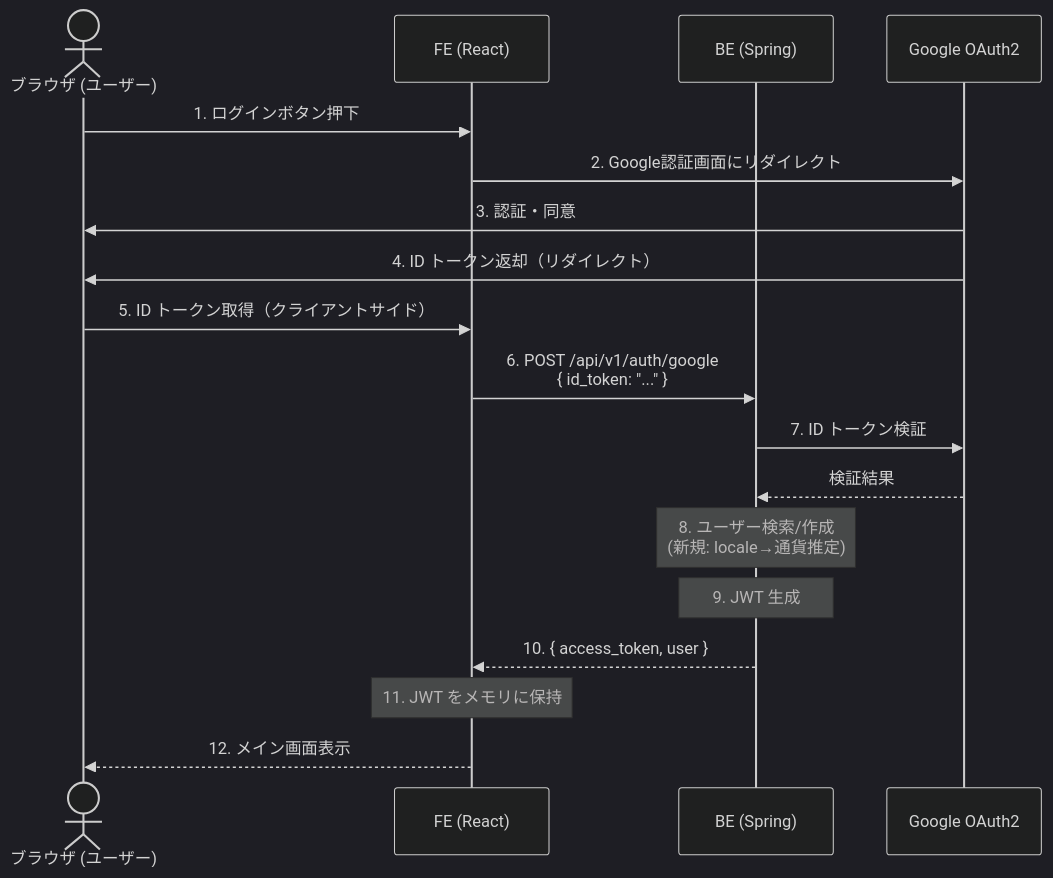
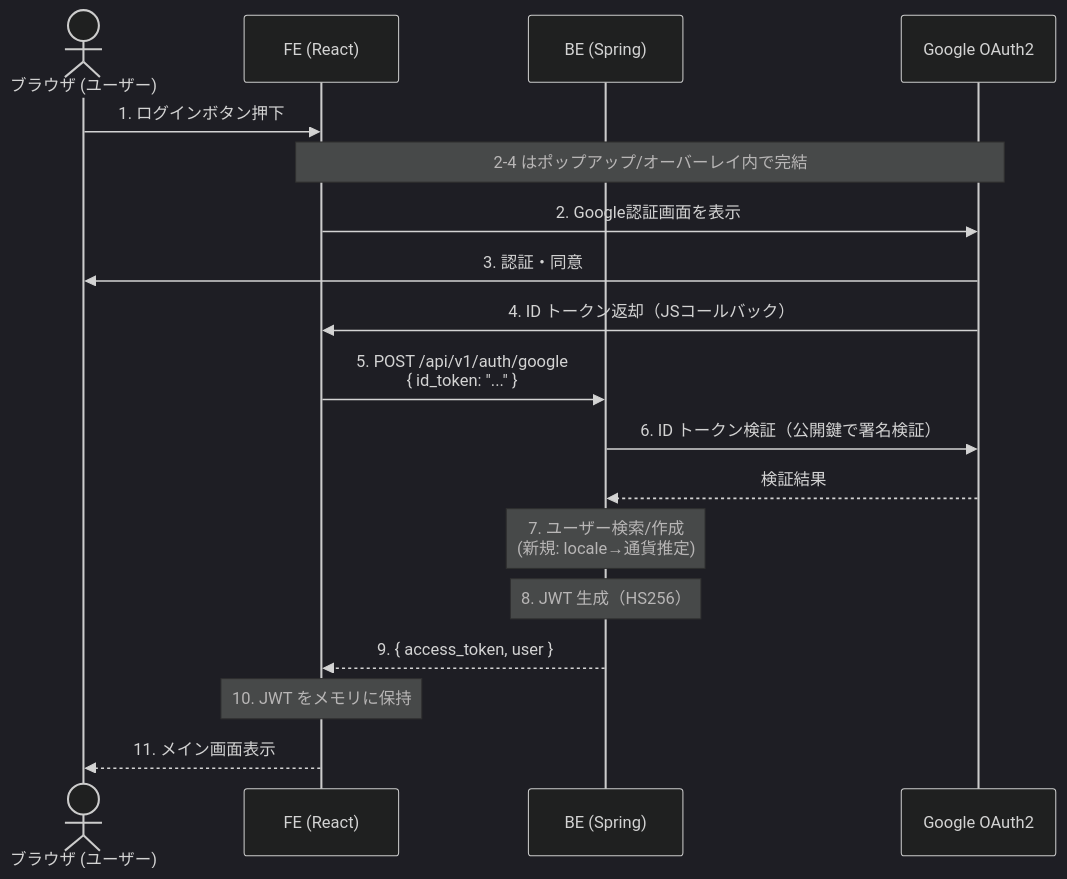
Before and after one commit to youmorry/expense-tracker: the diagram in docs/03-design/auth-design.md, drawn with Mermaid (dark theme).

Commit message:
docs: 認証フローのシーケンス図を修正
- Google→FEへのIDトークン返却をJSコールバックとして正確に表現
- ポップアップ/オーバーレイで完結する旨の注釈を追加
- ID トークン検証・JWT生成の補足情報を追記

````diff
--- a/docs/03-design/auth-design.md
+++ b/docs/03-design/auth-design.md
@@ -12,21 +12,21 @@
 ```mermaid
 sequenceDiagram
     actor User as ブラウザ (ユーザー)
     participant FE as FE (React)
     participant BE as BE (Spring)
     participant Google as Google OAuth2
 
     User->>FE: 1. ログインボタン押下
-    FE->>Google: 2. Google認証画面にリダイレクト
+    Note over FE,Google: 2-4 はポップアップ/オーバーレイ内で完結
+    FE->>Google: 2. Google認証画面を表示
     Google->>User: 3. 認証・同意
-    Google->>User: 4. ID トークン返却（リダイレクト）
-    User->>FE: 5. ID トークン取得（クライアントサイド）
-    FE->>BE: 6. POST /api/v1/auth/google<br>{ id_token: "..." }
-    BE->>Google: 7. ID トークン検証
+    Google->>FE: 4. ID トークン返却（JSコールバック）
+    FE->>BE: 5. POST /api/v1/auth/google<br>{ id_token: "..." }
+    BE->>Google: 6. ID トークン検証（公開鍵で署名検証）
     Google-->>BE: 検証結果
-    Note over BE: 8. ユーザー検索/作成<br>(新規: locale→通貨推定)
-    Note over BE: 9. JWT 生成
-    BE-->>FE: 10. { access_token, user }
-    Note over FE: 11. JWT をメモリに保持
-    FE-->>User: 12. メイン画面表示
+    Note over BE: 7. ユーザー検索/作成<br>(新規: locale→通貨推定)
+    Note over BE: 8. JWT 生成（HS256）
+    BE-->>FE: 9. { access_token, user }
+    Note over FE: 10. JWT をメモリに保持
+    FE-->>User: 11. メイン画面表示
 ```
````
